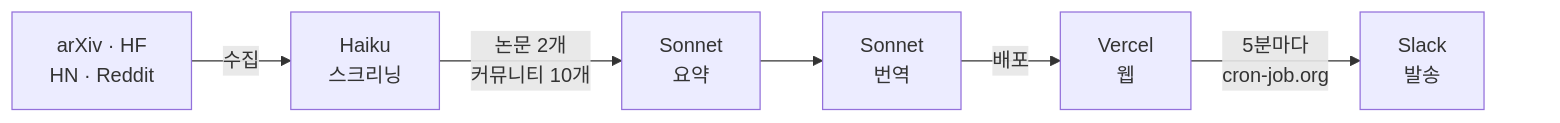
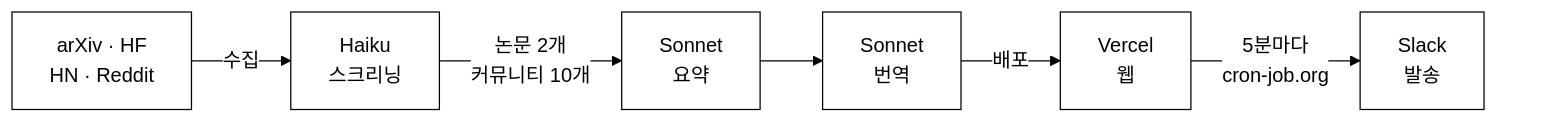
One commit to kangraemin/ai-paper-digest changed the diagram in README.ko.md. Above: the diagram before and after it, drawn with Mermaid. The commit also changed 1 other file, not shown here.

Commit message:
docs: 파이프라인 다이어그램 스타일 변경 (배경 흰색, 테두리/글자 검정)

````diff
--- a/README.ko.md
+++ b/README.ko.md
@@ -37,10 +37,11 @@
 ```mermaid
+%%{init: {'theme': 'base', 'themeVariables': {'primaryColor': '#ffffff', 'primaryTextColor': '#000000', 'primaryBorderColor': '#000000', 'lineColor': '#000000', 'edgeLabelBackground': '#ffffff'}}}%%
 flowchart LR
     A[arXiv · HF\nHN · Reddit] -->|수집| B[Haiku\n스크리닝]
     B -->|논문 2개\n커뮤니티 10개| C[Sonnet\n요약]
     C --> D[Sonnet\n번역]
     D -->|배포| E[Vercel\n웹]
     E -->|5분마다\ncron-job.org| F[Slack\n발송]
     F ~~~ G[ ]:::invis
     classDef invis display:none
 ```
````
